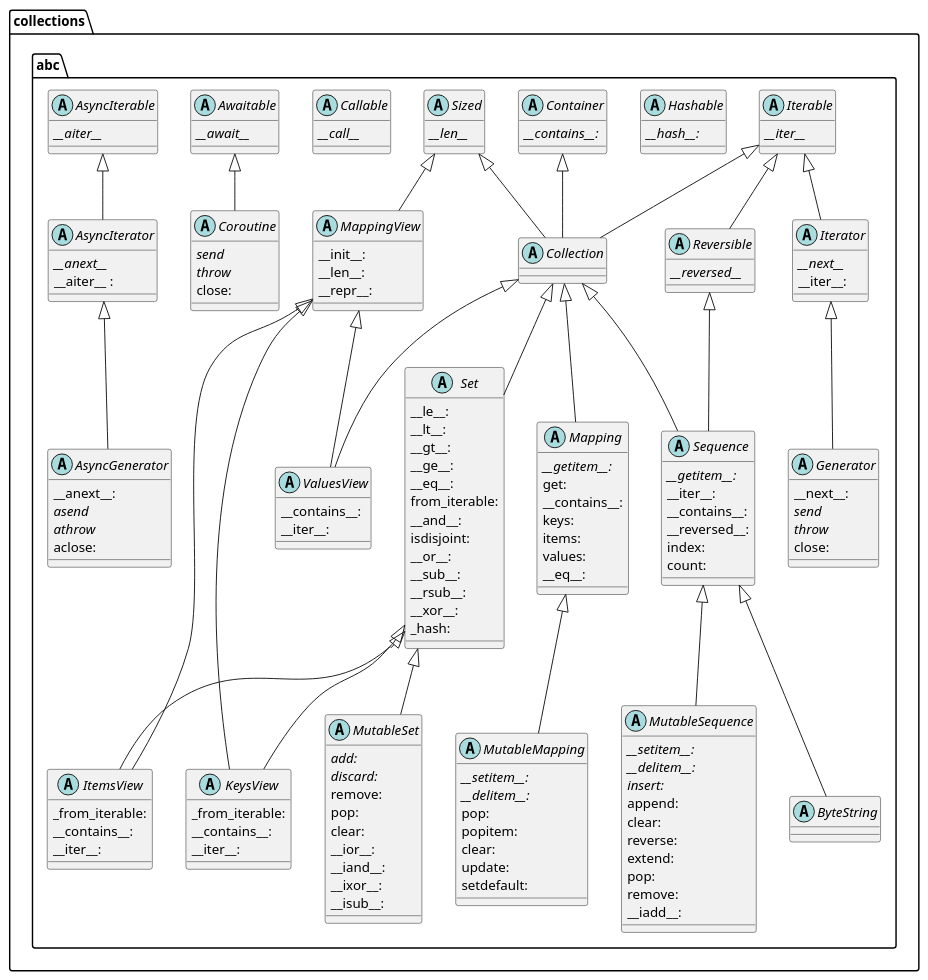
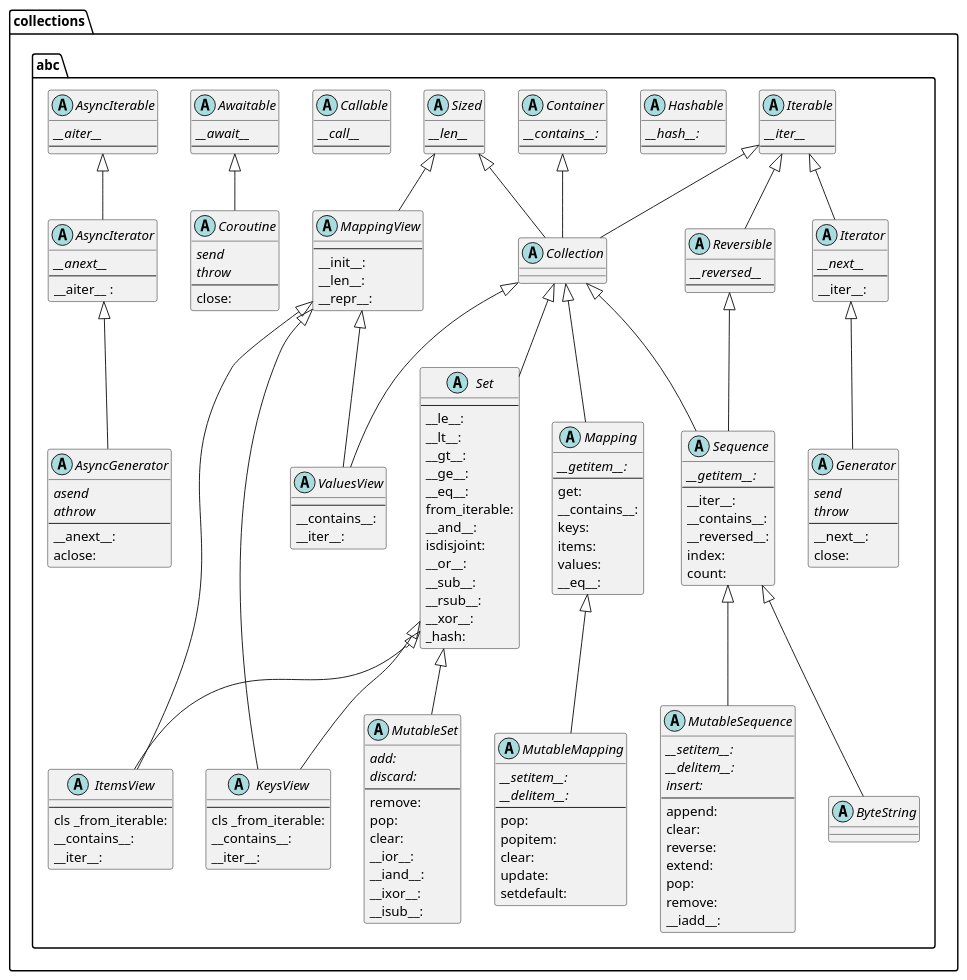
The diagram in uml/python-abc-collections.pu (hayata-yamamoto/pkg-analysis), drawn with PlantUML before and after one commit. The commit also changed 15 other files, not shown here.

```diff
--- a/uml/python-abc-collections.pu
+++ b/uml/python-abc-collections.pu
@@ -1,4 +1,4 @@
-@startuml "Python ABC Collections Diagram"
+@startuml "collections.abc"
 
 
 package "collections.abc" {
@@ -7,45 +7,53 @@
   abstract class Container {
     ' https://github.com/python/cpython/blob/3.8/Lib/_collections_abc.py#L374
     {abstract} __contains__: 
+    ---
   }
   
   abstract class Hashable {
     ' https://github.com/python/cpython/blob/3.8/Lib/_collections_abc.py#L84
     {abstract} __hash__: 
+    ---
   }
   
   abstract class Iterable {
     ' https://github.com/python/cpython/blob/3.8/Lib/_collections_abc.py#L243
     {abstract} __iter__
+    ---
   }
 
   abstract class Iterator extends Iterable {
     ' https://github.com/python/cpython/blob/3.8/Lib/_collections_abc.py#L259
     {abstract} __next__
+    ---
     __iter__:
   }
 
   abstract class Reversible extends Iterable {
     ' https://github.com/python/cpython/blob/3.8/Lib/_collections_abc.py#L293
     {abstract} __reversed__
+    ---
   }
 
   abstract class Generator extends Iterator {
     ' https://github.com/python/cpython/blob/3.8/Lib/_collections_abc.py#L309
-    __next__: 
     {abstract} send 
     {abstract} throw 
+    ---
+    __next__: 
     close: 
   }
 
   abstract class Sized {
     ' https://github.com/python/cpython/blob/3.8/Lib/_collections_abc.py#L359
     {abstract} __len__
+    ---
   }
 
   abstract class Callable {
     ' https://github.com/python/cpython/blob/3.8/Lib/_collections_abc.py#L398
     {abstract} __call__
+    ---
   }
 
   abstract class Collection extends Sized, Iterable, Container {
@@ -55,6 +63,7 @@
   abstract class Sequence extends Reversible, Collection {
     ' https://github.com/python/cpython/blob/3.8/Lib/_collections_abc.py#L856
     {abstract} __getitem__:
+    ---
     __iter__:
     __contains__:
     __reversed__:
@@ -67,6 +76,7 @@
     {abstract} __setitem__:
     {abstract} __delitem__:
     {abstract} insert:
+    ---
     append:
     clear:
     reverse:
@@ -82,6 +92,7 @@
 
   abstract class Set extends Collection {
     ' https://github.com/python/cpython/blob/3.8/Lib/_collections_abc.py#L416
+    ---
     __le__: 
     __lt__:
     __gt__:
@@ -101,6 +112,7 @@
     ' https://github.com/python/cpython/blob/3.8/Lib/_collections_abc.py#L556
     {abstract} add: 
     {abstract} discard: 
+    ---
     remove: 
     pop:
     clear:
@@ -113,6 +125,7 @@
   abstract class Mapping extends Collection {
     ' https://github.com/python/cpython/blob/3.8/Lib/_collections_abc.py#L641
     {abstract} __getitem__:
+    ---
     get:
     __contains__:
     keys:
@@ -125,6 +138,7 @@
     ' https://github.com/python/cpython/blob/3.8/Lib/_collections_abc.py#L767
     {abstract} __setitem__:
     {abstract} __delitem__:
+    ---
     pop:
     popitem:
     clear:
@@ -134,6 +148,7 @@
 
   abstract class MappingView extends Sized {
     ' https://github.com/python/cpython/blob/3.8/Lib/_collections_abc.py#L694
+    ---
     __init__:
     __len__:
     __repr__:
@@ -141,20 +156,23 @@
 
   abstract class ItemsView extends MappingView, Set {
     ' https://github.com/python/cpython/blob/3.8/Lib/_collections_abc.py#L725
-    _from_iterable:
+    ---
+    cls _from_iterable:
     __contains__:
     __iter__:
   }
 
   abstract class KeysView extends MappingView, Set {
     ' https://github.com/python/cpython/blob/3.8/Lib/_collections_abc.py#L708
-    _from_iterable:
+    ---
+    cls _from_iterable:
     __contains__:
     __iter__:
   }
 
   abstract class ValuesView extends MappingView, Collection {
     ' https://github.com/python/cpython/blob/3.8/Lib/_collections_abc.py#L749
+    ---
     __contains__:
     __iter__:
   }
@@ -162,30 +180,35 @@
   abstract class Awaitable {
     ' https://github.com/python/cpython/blob/3.8/Lib/_collections_abc.py#L99
     {abstract} __await__
+    ---
   }
 
   abstract class Coroutine extends Awaitable {
     ' https://github.com/python/cpython/blob/3.8/Lib/_collections_abc.py#L114
     {abstract} send
     {abstract} throw
+    ---
     close: 
   }
 
   abstract class AsyncIterable {
     ' https://github.com/python/cpython/blob/3.8/Lib/_collections_abc.py#L158
     {abstract} __aiter__
+    ---
   }
 
   abstract class AsyncIterator extends AsyncIterable {
     ' https://github.com/python/cpython/blob/3.8/Lib/_collections_abc.py#L173
     {abstract} __anext__
+    ---
     __aiter__ : 
   }
   abstract class AsyncGenerator extends AsyncIterator {
     ' https://github.com/python/cpython/blob/3.8/Lib/_collections_abc.py#L192
-    __anext__: 
     {abstract} asend
     {abstract} athrow
+    ---
+    __anext__: 
     aclose: 
   }
 
```
